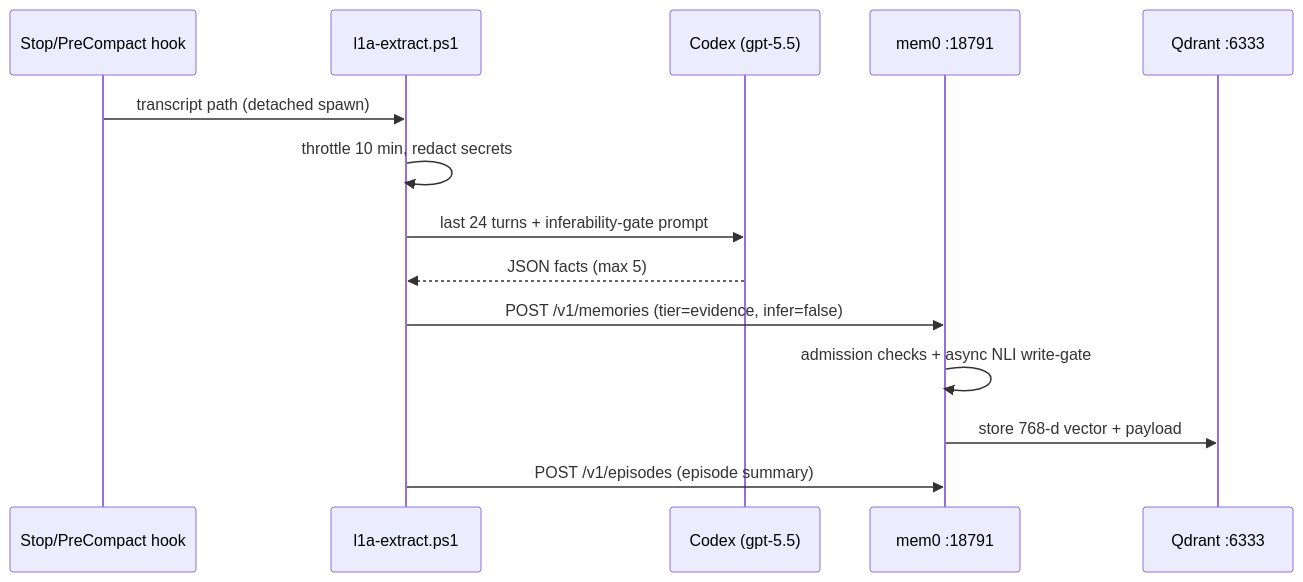
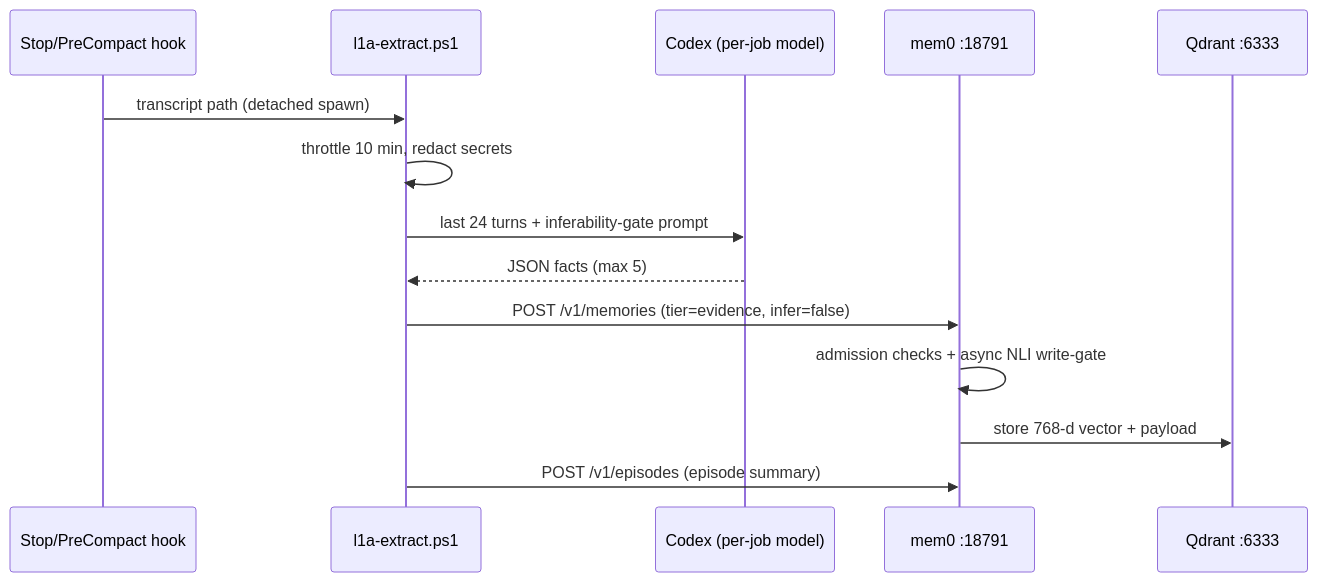
Before and after one commit to dmmdea/agentic-memory-stack-for-claude-code: the second of 3 diagrams in ARCHITECTURE.md, drawn with Mermaid. The commit also changed other lines of this file and 25 other files, not shown here.

````diff
--- a/ARCHITECTURE.md
+++ b/ARCHITECTURE.md
@@ -68,16 +68,16 @@
 ```mermaid
 sequenceDiagram
     participant S as Stop/PreCompact hook
     participant L as l1a-extract.ps1
-    participant X as Codex (gpt-5.5)
+    participant X as Codex (per-job model)
     participant M as mem0 :18791
     participant Q as Qdrant :6333
     S->>L: transcript path (detached spawn)
     L->>L: throttle 10 min, redact secrets
     L->>X: last 24 turns + inferability-gate prompt
     X-->>L: JSON facts (max 5)
     L->>M: POST /v1/memories (tier=evidence, infer=false)
     M->>M: admission checks + async NLI write-gate
     M->>Q: store 768-d vector + payload
     L->>M: POST /v1/episodes (episode summary)
 ```
````
